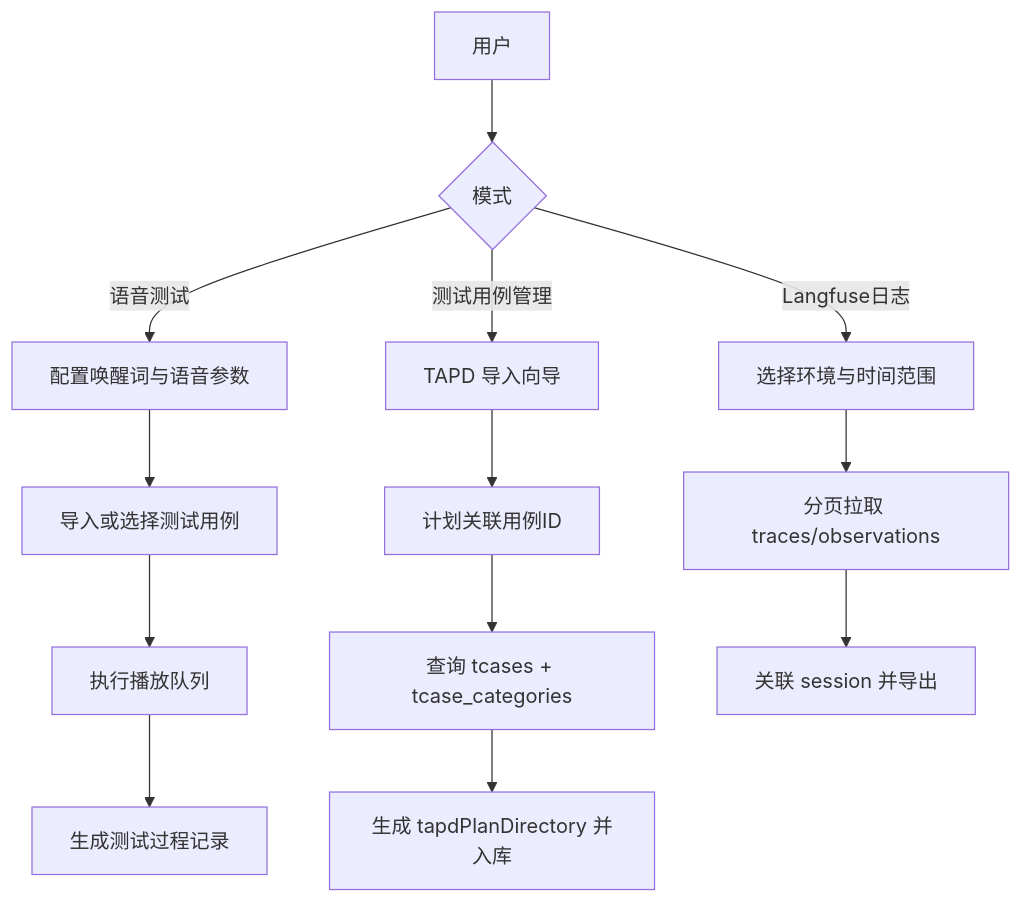
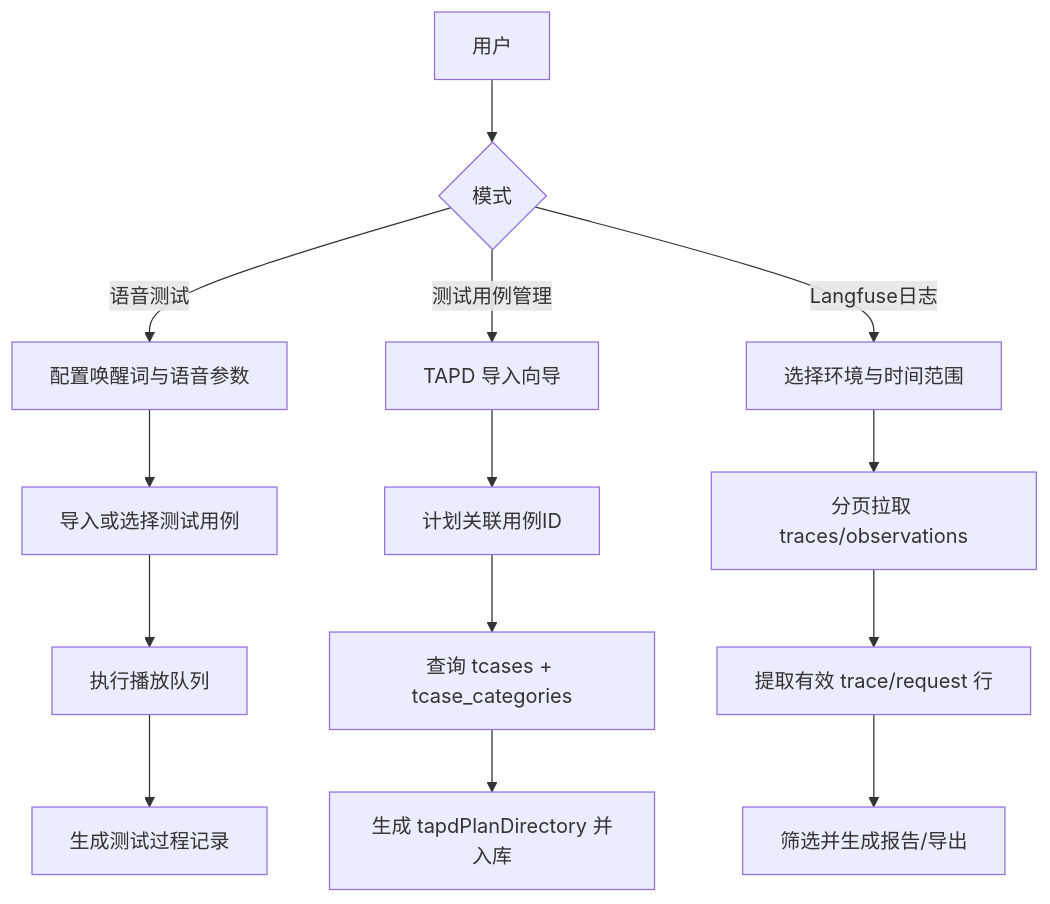
The second of 3 diagrams in docx/PRODUCT_ARCH.md (lilyluvchina-Work/VoiceAuto), drawn with Mermaid before and after one commit. The commit also changed other lines of this file and 19 other files, not shown here.

````diff
--- a/docx/PRODUCT_ARCH.md
+++ b/docx/PRODUCT_ARCH.md
@@ -49,18 +49,19 @@
 ```mermaid
 flowchart TD
   U[用户] --> M{模式}
 
   M -->|语音测试| V1[配置唤醒词与语音参数]
   V1 --> V2[导入或选择测试用例]
   V2 --> V3[执行播放队列]
   V3 --> V4[生成测试过程记录]
 
   M -->|测试用例管理| C1[TAPD 导入向导]
   C1 --> C2[计划关联用例ID]
   C2 --> C3[查询 tcases + tcase_categories]
   C3 --> C4[生成 tapdPlanDirectory 并入库]
 
   M -->|Langfuse日志| L1[选择环境与时间范围]
   L1 --> L2[分页拉取 traces/observations]
-  L2 --> L3[关联 session 并导出]
+  L2 --> L3[提取有效 trace/request 行]
+  L3 --> L4[筛选并生成报告/导出]
 ```
````
